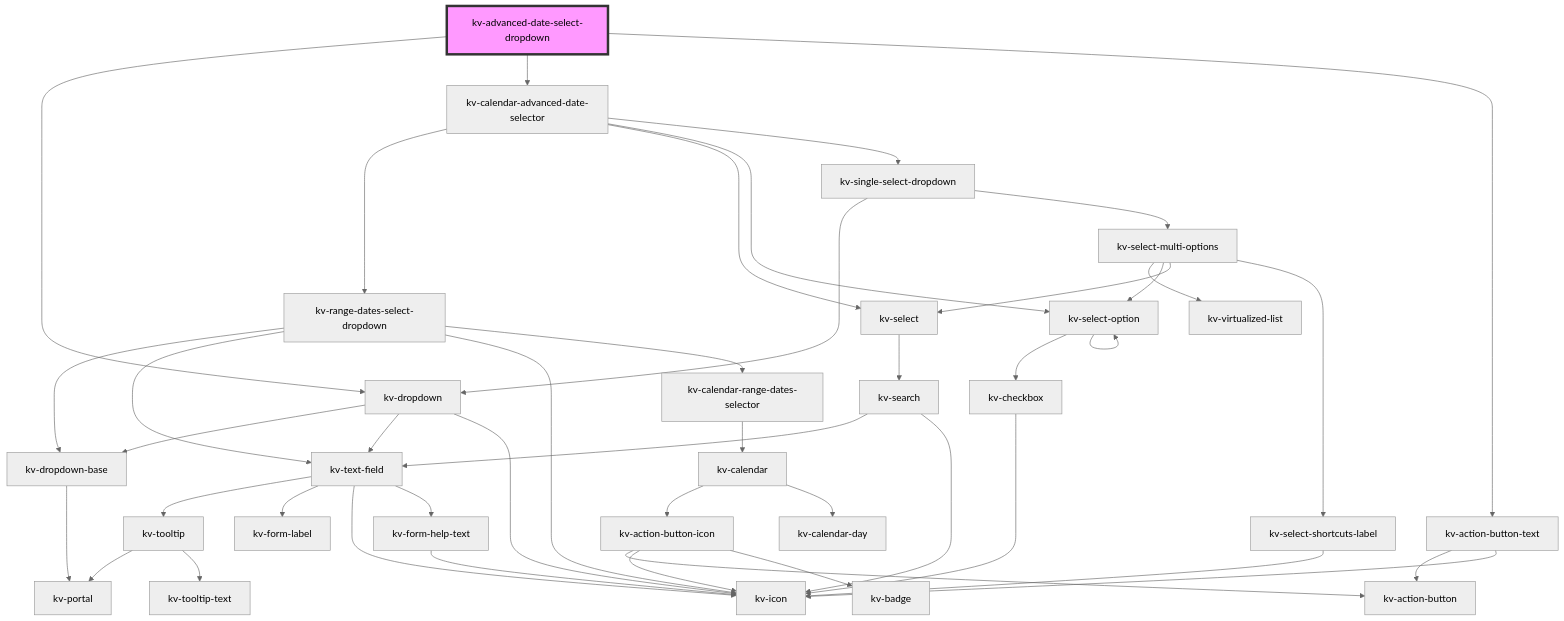
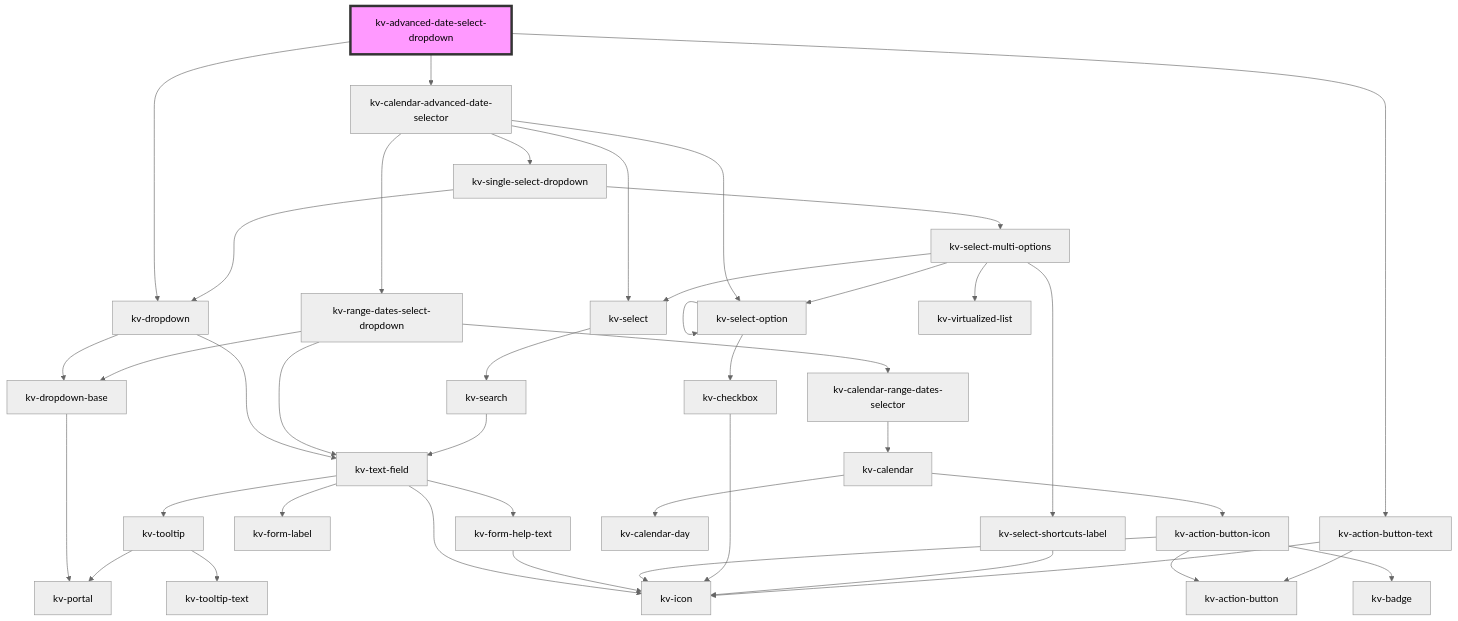
One commit to kelvininc/ui-components changed the diagram in packages/ui-components/src/components/advanced-date-select-dropdown/readme.md. Above: the diagram before and after it, drawn with Mermaid (neutral theme). The commit also changed other lines of this file and 25 other files, not shown here.

Commit message:
fix(search): show reset icon when input starts with one

````diff
--- a/packages/ui-components/src/components/advanced-date-select-dropdown/readme.md
+++ b/packages/ui-components/src/components/advanced-date-select-dropdown/readme.md
@@ -116,47 +116,44 @@
 ```mermaid
 graph TD;
   kv-advanced-date-select-dropdown --> kv-dropdown
   kv-advanced-date-select-dropdown --> kv-calendar-advanced-date-selector
   kv-advanced-date-select-dropdown --> kv-action-button-text
   kv-dropdown --> kv-dropdown-base
   kv-dropdown --> kv-text-field
-  kv-dropdown --> kv-icon
   kv-dropdown-base --> kv-portal
   kv-text-field --> kv-tooltip
   kv-text-field --> kv-form-label
   kv-text-field --> kv-icon
   kv-text-field --> kv-form-help-text
   kv-tooltip --> kv-portal
   kv-tooltip --> kv-tooltip-text
   kv-form-help-text --> kv-icon
   kv-calendar-advanced-date-selector --> kv-range-dates-select-dropdown
   kv-calendar-advanced-date-selector --> kv-select
   kv-calendar-advanced-date-selector --> kv-select-option
   kv-calendar-advanced-date-selector --> kv-single-select-dropdown
   kv-range-dates-select-dropdown --> kv-dropdown-base
   kv-range-dates-select-dropdown --> kv-text-field
-  kv-range-dates-select-dropdown --> kv-icon
   kv-range-dates-select-dropdown --> kv-calendar-range-dates-selector
   kv-calendar-range-dates-selector --> kv-calendar
   kv-calendar --> kv-action-button-icon
   kv-calendar --> kv-calendar-day
   kv-action-button-icon --> kv-action-button
   kv-action-button-icon --> kv-icon
   kv-action-button-icon --> kv-badge
   kv-select --> kv-search
   kv-search --> kv-text-field
-  kv-search --> kv-icon
   kv-select-option --> kv-checkbox
   kv-select-option --> kv-select-option
   kv-checkbox --> kv-icon
   kv-single-select-dropdown --> kv-dropdown
   kv-single-select-dropdown --> kv-select-multi-options
   kv-select-multi-options --> kv-virtualized-list
   kv-select-multi-options --> kv-select-option
   kv-select-multi-options --> kv-select
   kv-select-multi-options --> kv-select-shortcuts-label
   kv-select-shortcuts-label --> kv-icon
   kv-action-button-text --> kv-action-button
   kv-action-button-text --> kv-icon
   style kv-advanced-date-select-dropdown fill:#f9f,stroke:#333,stroke-width:4px
 ```
````
